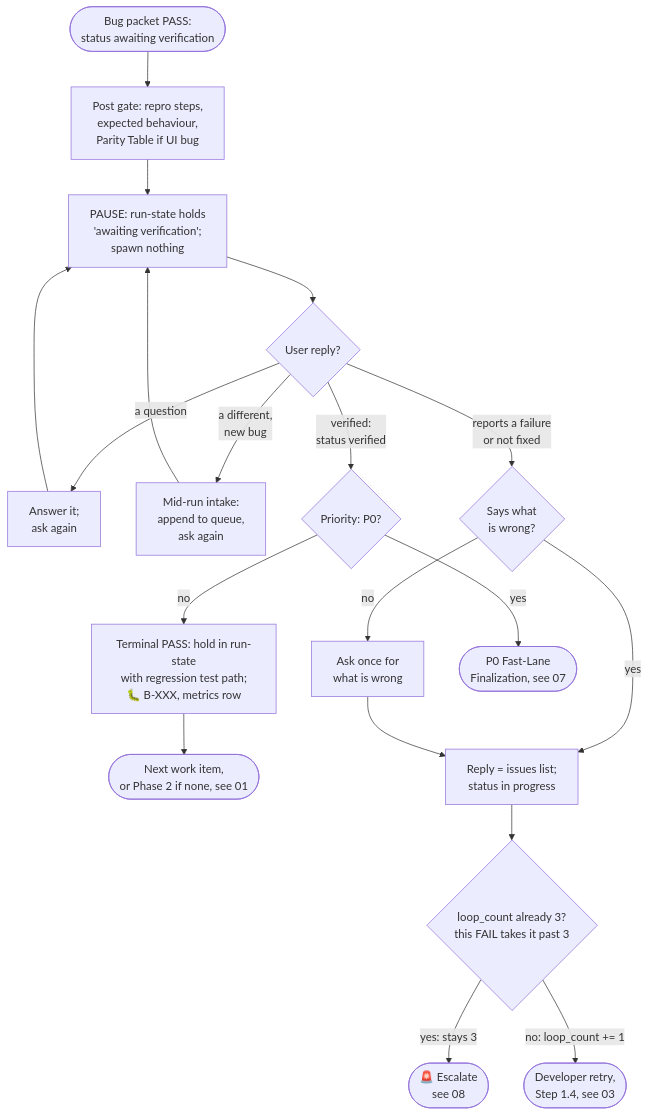
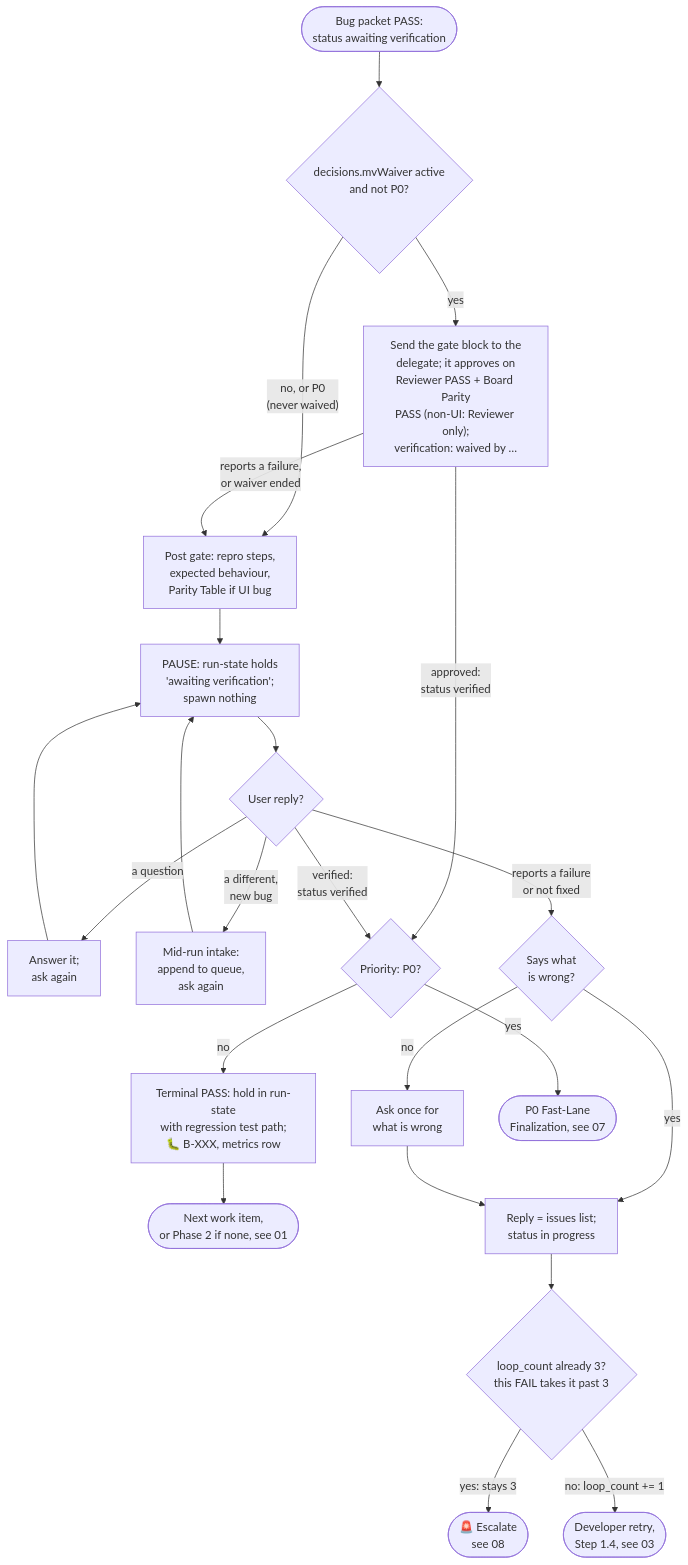
The second of 2 diagrams in skills/orchestrator-development-pattern/mermaid/04-manual-verification-and-bugs.md (muhammedalikhan86/claude-stash), drawn with Mermaid before and after one commit. The commit also changed 30 other files, not shown here.

First line of the commit message:
feat(skills): disparity-checker, findings intake, major-only parity gate; link accounts

````diff
--- a/skills/orchestrator-development-pattern/mermaid/04-manual-verification-and-bugs.md
+++ b/skills/orchestrator-development-pattern/mermaid/04-manual-verification-and-bugs.md
@@ -29,32 +29,38 @@
 ```mermaid
 flowchart TD
     In(["Bug packet PASS:<br/>status awaiting verification"])
     Post["Post gate: repro steps,<br/>expected behaviour,<br/>Parity Table if UI bug"]
+    Waiver{"decisions.mvWaiver active<br/>and not P0?"}
+    Deleg["Send the gate block to the<br/>delegate; it approves on<br/>Reviewer PASS + Board Parity<br/>PASS (non-UI: Reviewer only);<br/>verification: waived by …"]
     Pause["PAUSE: run-state holds<br/>'awaiting verification';<br/>spawn nothing"]
     Reply{"User reply?"}
     Answer["Answer it;<br/>ask again"]
     NewBug["Mid-run intake:<br/>append to queue,<br/>ask again"]
     Detail{"Says what<br/>is wrong?"}
     AskOnce["Ask once for<br/>what is wrong"]
     P0{"Priority: P0?"}
     Hold["Terminal PASS: hold in run-state<br/>with regression test path;<br/>🐛 B-XXX, metrics row"]
     Lane(["P0 Fast-Lane<br/>Finalization, see 07"])
     Next(["Next work item,<br/>or Phase 2 if none, see 01"])
     LC["Reply = issues list;<br/>status in progress"]
     Max{"loop_count already 3?<br/>this FAIL takes it past 3"}
     Esc(["🚨 Escalate<br/>see 08"])
     Dev(["Developer retry,<br/>Step 1.4, see 03"])
 
-    In --> Post --> Pause --> Reply
+    In --> Waiver
+    Waiver -->|"no, or P0<br/>(never waived)"| Post --> Pause --> Reply
+    Waiver -->|yes| Deleg
+    Deleg -->|"approved:<br/>status verified"| P0
+    Deleg -->|"reports a failure,<br/>or waiver ended"| Post
     Reply -->|"verified:<br/>status verified"| P0
     Reply -->|"a question"| Answer --> Pause
     Reply -->|"a different,<br/>new bug"| NewBug --> Pause
     Reply -->|"reports a failure<br/>or not fixed"| Detail
     Detail -->|yes| LC
     Detail -->|no| AskOnce --> LC
     LC --> Max
     P0 -->|no| Hold --> Next
     P0 -->|yes| Lane
     Max -->|"yes: stays 3"| Esc
     Max -->|"no: loop_count += 1"| Dev
 ```
````
